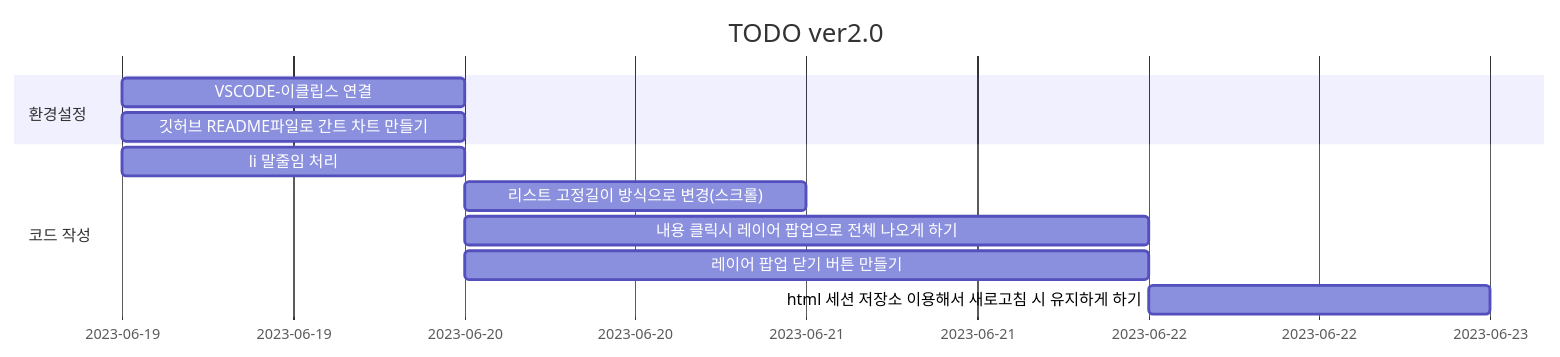
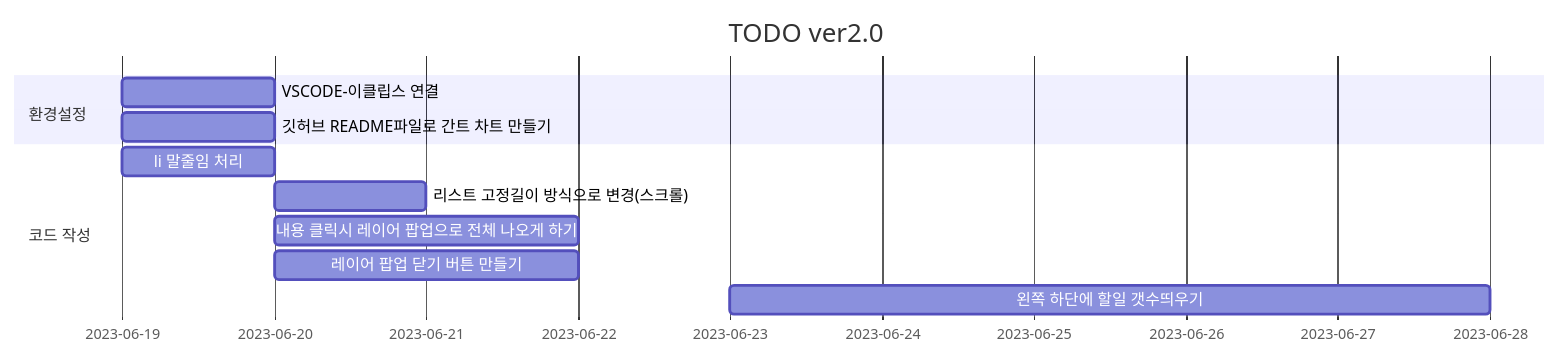
The diagram in TODO_ver2/README.md (UDONGSALI/Toy-Project), drawn with Mermaid before and after one commit. The commit also changed other lines of this file, not shown here.

````diff
--- a/TODO_ver2/README.md
+++ b/TODO_ver2/README.md
@@ -23,14 +23,14 @@
 ```mermaid
 gantt
     title TODO ver2.0
     dateFormat  YYYY-MM-DD
     section 환경설정
     VSCODE-이클립스 연결:2023-06-19, 1d
     깃허브 README파일로 간트 차트 만들기:2023-06-19, 1d
     section 코드 작성
     li 말줄임 처리: 2023-06-19, 1d
     리스트 고정길이 방식으로 변경(스크롤): 2023-06-20, 1d
     내용 클릭시 레이어 팝업으로 전체 나오게 하기: 2023-06-20, 2d
     레이어 팝업 닫기 버튼 만들기: 2023-06-20, 2d
-    html 세션 저장소 이용해서 새로고침 시 유지하게 하기: 2023-06-22, 1d
+    왼쪽 하단에 할일 갯수띄우기: 2023-06-23, 5d
 ```
````
